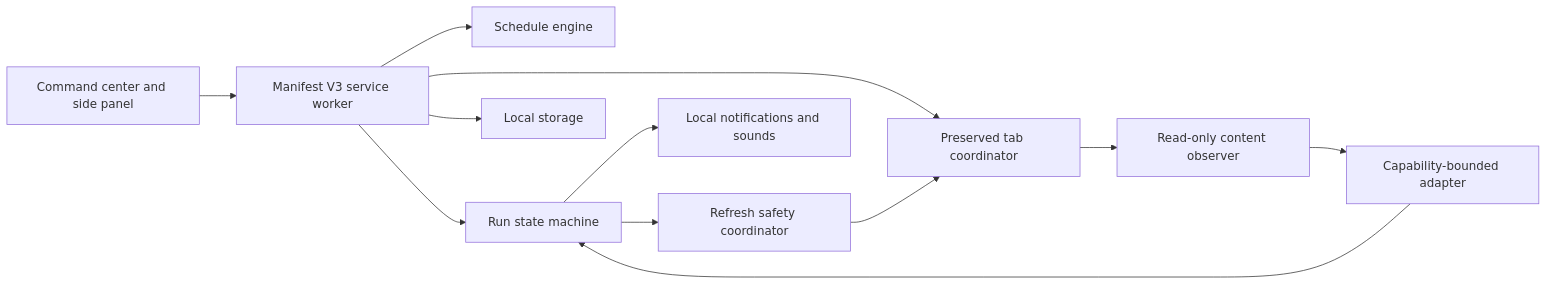
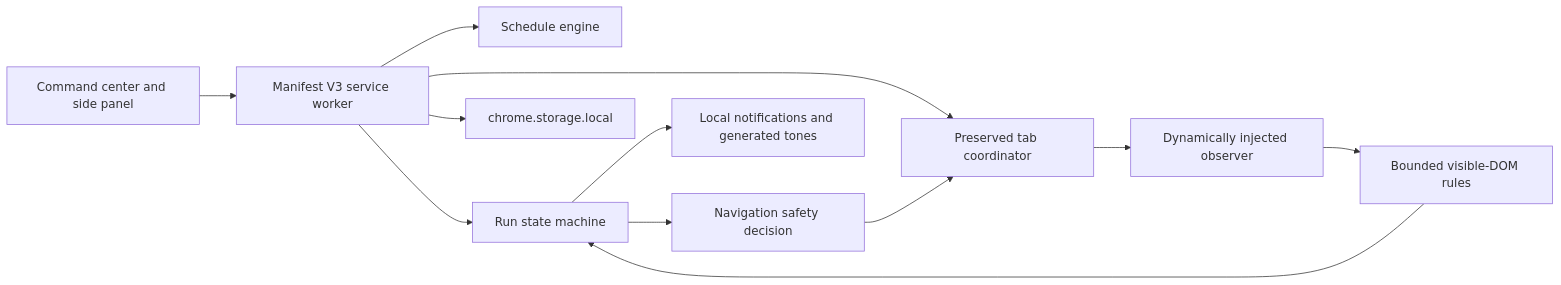
The diagram in docs/ARCHITECTURE.md (RedLynx101/QueueScope), drawn with Mermaid before and after one commit. The commit also changed other lines of this file and 61 other files, not shown here.

````diff
--- a/docs/ARCHITECTURE.md
+++ b/docs/ARCHITECTURE.md
@@ -7,14 +5,14 @@
 ```mermaid
 flowchart LR
   UI["Command center and side panel"] --> SW["Manifest V3 service worker"]
   SW --> SCHEDULE["Schedule engine"]
   SW --> STATE["Run state machine"]
-  SW --> STORE["Local storage"]
+  SW --> STORE["chrome.storage.local"]
   SW --> TABS["Preserved tab coordinator"]
-  TABS --> OBSERVER["Read-only content observer"]
-  OBSERVER --> ADAPTER["Capability-bounded adapter"]
-  ADAPTER --> STATE
-  STATE --> SAFETY["Refresh safety coordinator"]
+  TABS --> OBSERVER["Dynamically injected observer"]
+  OBSERVER --> RULES["Bounded visible-DOM rules"]
+  RULES --> STATE
+  STATE --> SAFETY["Navigation safety decision"]
   SAFETY --> TABS
-  STATE --> ATTENTION["Local notifications and sounds"]
+  STATE --> ATTENTION["Local notifications and generated tones"]
 ```
````
